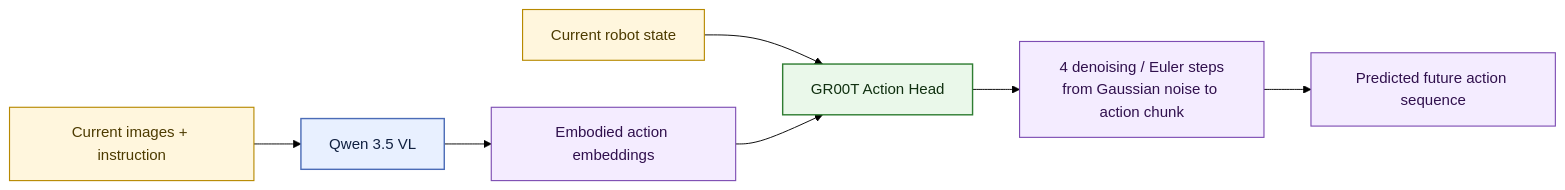
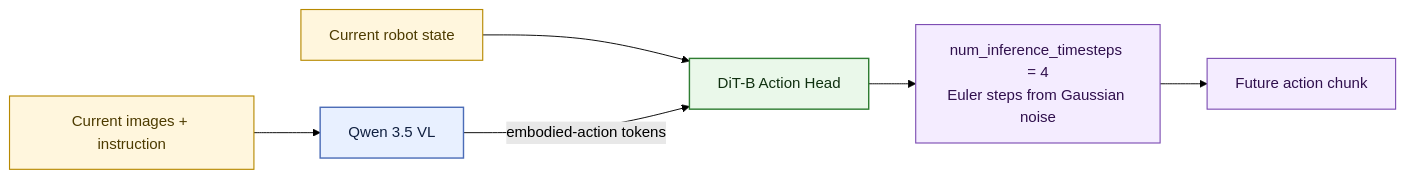
Before and after one commit to mehulsuresh/VLA-JEPA: the second of 2 diagrams in docs/vla_jepa_architecture.md, drawn with Mermaid (forest theme). The commit also changed other lines of this file and 1 other file, not shown here.

First line of the commit message:
Redo architecture diagram and doc to match current pipeline

````diff
--- a/docs/vla_jepa_architecture.md
+++ b/docs/vla_jepa_architecture.md
@@ -85,14 +85,13 @@
 ```mermaid
 flowchart LR
     classDef frozen fill:#e8f0ff,stroke:#4b6cb7,stroke-width:1.5px,color:#102040;
     classDef trainable fill:#eaf8ea,stroke:#2f7d32,stroke-width:1.5px,color:#103010;
     classDef input fill:#fff6dd,stroke:#b78900,stroke-width:1.2px,color:#4d3b00;
     classDef output fill:#f4ecff,stroke:#7d4db3,stroke-width:1.2px,color:#30104d;
 
     I1["Current images + instruction"]:::input --> Q1["Qwen 3.5 VL"]:::frozen
-    I2["Current robot state"]:::input --> A1["GR00T Action Head"]:::trainable
-    Q1 --> Q2["Embodied action embeddings"]:::output
-    Q2 --> A1
-    A1 --> O1["4 denoising / Euler steps<br/>from Gaussian noise to action chunk"]:::output
-    O1 --> O2["Predicted future action sequence"]:::output
+    I2["Current robot state"]:::input --> A1["DiT-B Action Head"]:::trainable
+    Q1 -->|"embodied-action tokens"| A1
+    A1 --> O1["num_inference_timesteps = 4<br/>Euler steps from Gaussian noise"]:::output
+    O1 --> O2["Future action chunk"]:::output
 ```
````
